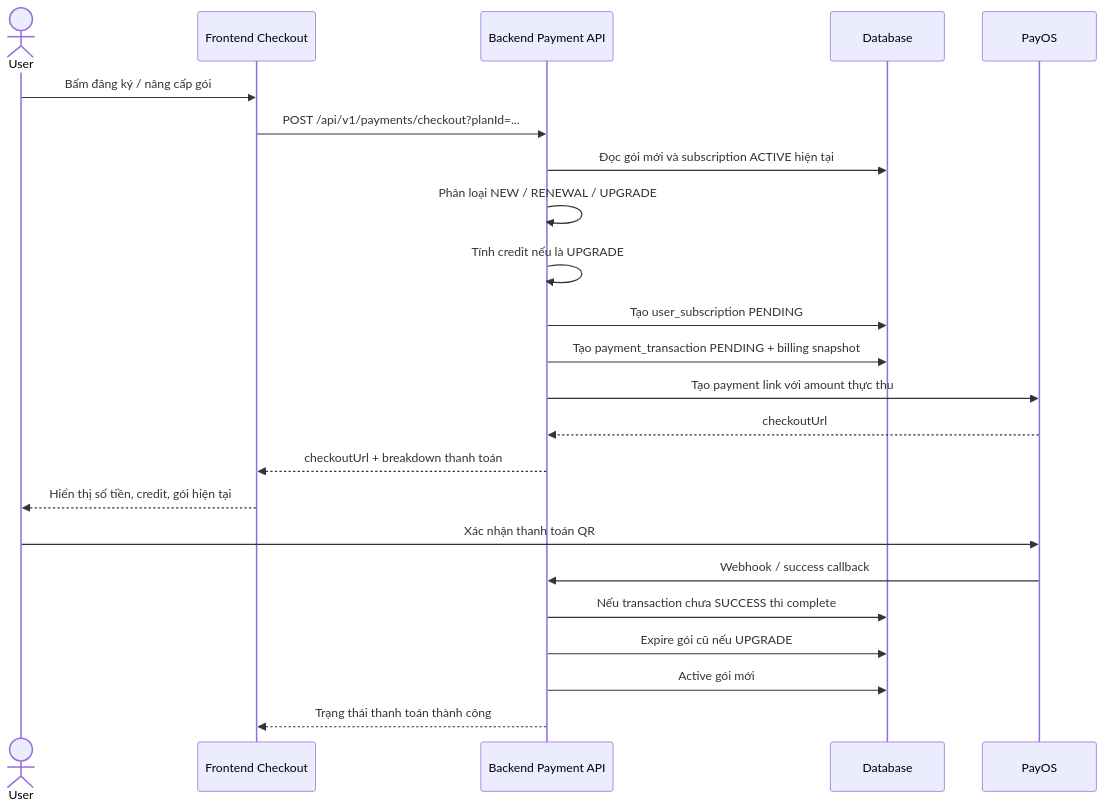
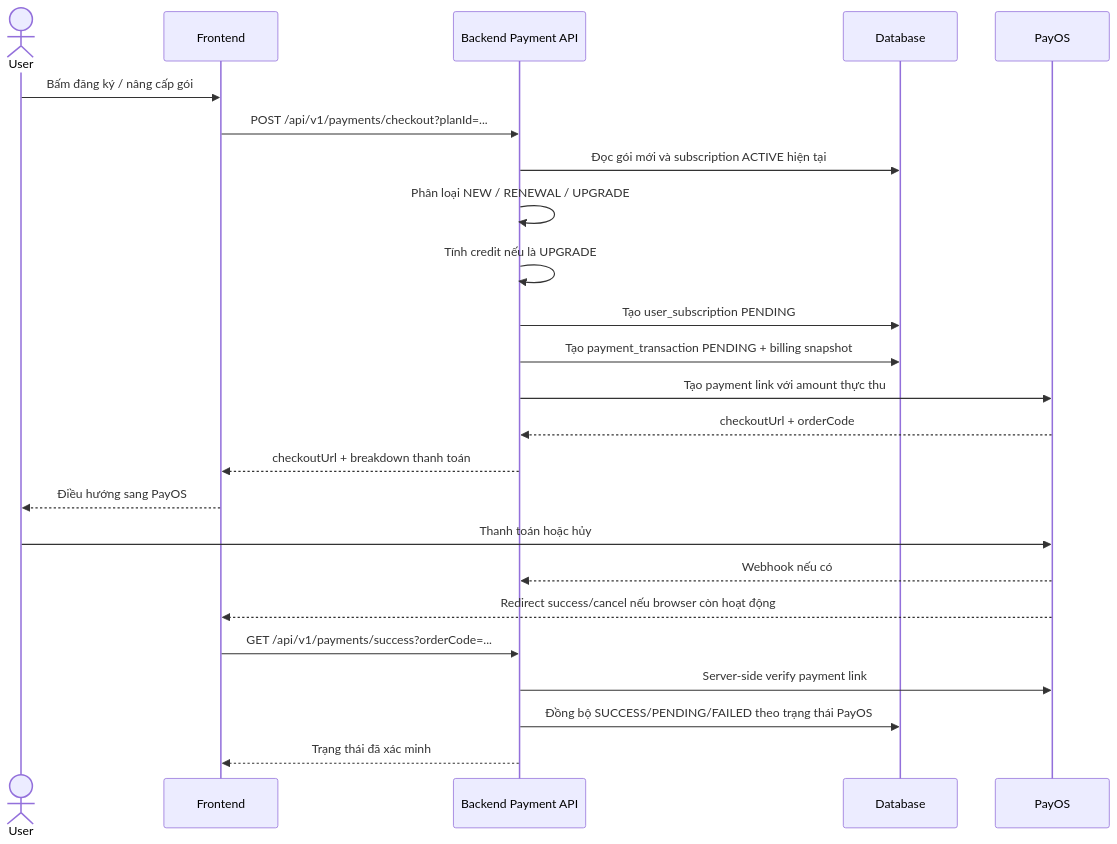
One commit to hoaug-tran/movie-streaming-api changed the diagram in docs/SUBSCRIPTION_BILLING_FLOW.md. Above: the diagram before and after it, drawn with Mermaid. The commit also changed other lines of this file and 11 other files, not shown here.

First line of the commit message:
fix(payment): harden subscription payment flow

````diff
--- a/docs/SUBSCRIPTION_BILLING_FLOW.md
+++ b/docs/SUBSCRIPTION_BILLING_FLOW.md
@@ -101,26 +200,27 @@
 ```mermaid
 sequenceDiagram
     actor User
-    participant FE as Frontend Checkout
+    participant FE as Frontend
     participant BE as Backend Payment API
     participant DB as Database
     participant PayOS as PayOS
 
     User->>FE: Bấm đăng ký / nâng cấp gói
     FE->>BE: POST /api/v1/payments/checkout?planId=...
     BE->>DB: Đọc gói mới và subscription ACTIVE hiện tại
     BE->>BE: Phân loại NEW / RENEWAL / UPGRADE
     BE->>BE: Tính credit nếu là UPGRADE
     BE->>DB: Tạo user_subscription PENDING
     BE->>DB: Tạo payment_transaction PENDING + billing snapshot
     BE->>PayOS: Tạo payment link với amount thực thu
-    PayOS-->>BE: checkoutUrl
+    PayOS-->>BE: checkoutUrl + orderCode
     BE-->>FE: checkoutUrl + breakdown thanh toán
-    FE-->>User: Hiển thị số tiền, credit, gói hiện tại
-    User->>PayOS: Xác nhận thanh toán QR
-    PayOS->>BE: Webhook / success callback
-    BE->>DB: Nếu transaction chưa SUCCESS thì complete
-    BE->>DB: Expire gói cũ nếu UPGRADE
-    BE->>DB: Active gói mới
-    BE-->>FE: Trạng thái thanh toán thành công
+    FE-->>User: Điều hướng sang PayOS
+    User->>PayOS: Thanh toán hoặc hủy
+    PayOS-->>BE: Webhook nếu có
+    PayOS-->>FE: Redirect success/cancel nếu browser còn hoạt động
+    FE->>BE: GET /api/v1/payments/success?orderCode=...
+    BE->>PayOS: Server-side verify payment link
+    BE->>DB: Đồng bộ SUCCESS/PENDING/FAILED theo trạng thái PayOS
+    BE-->>FE: Trạng thái đã xác minh
 ```
````
